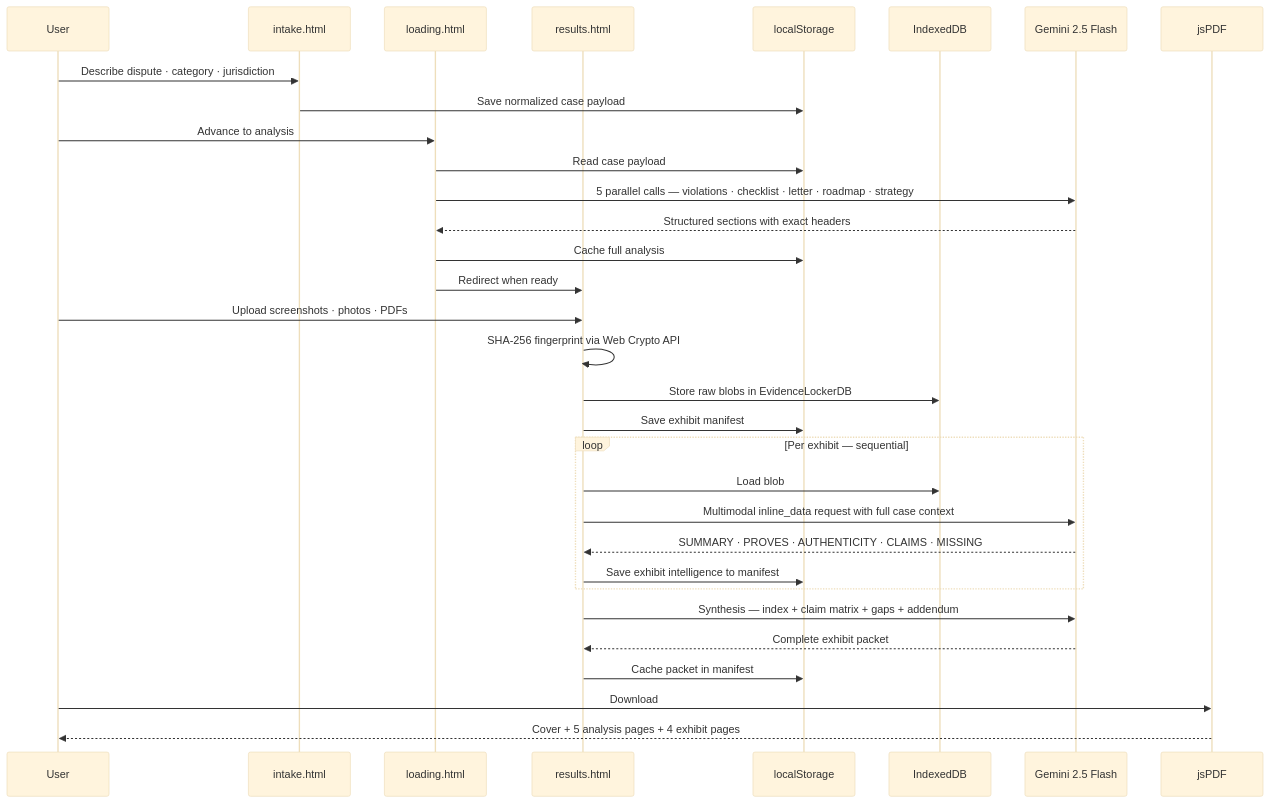
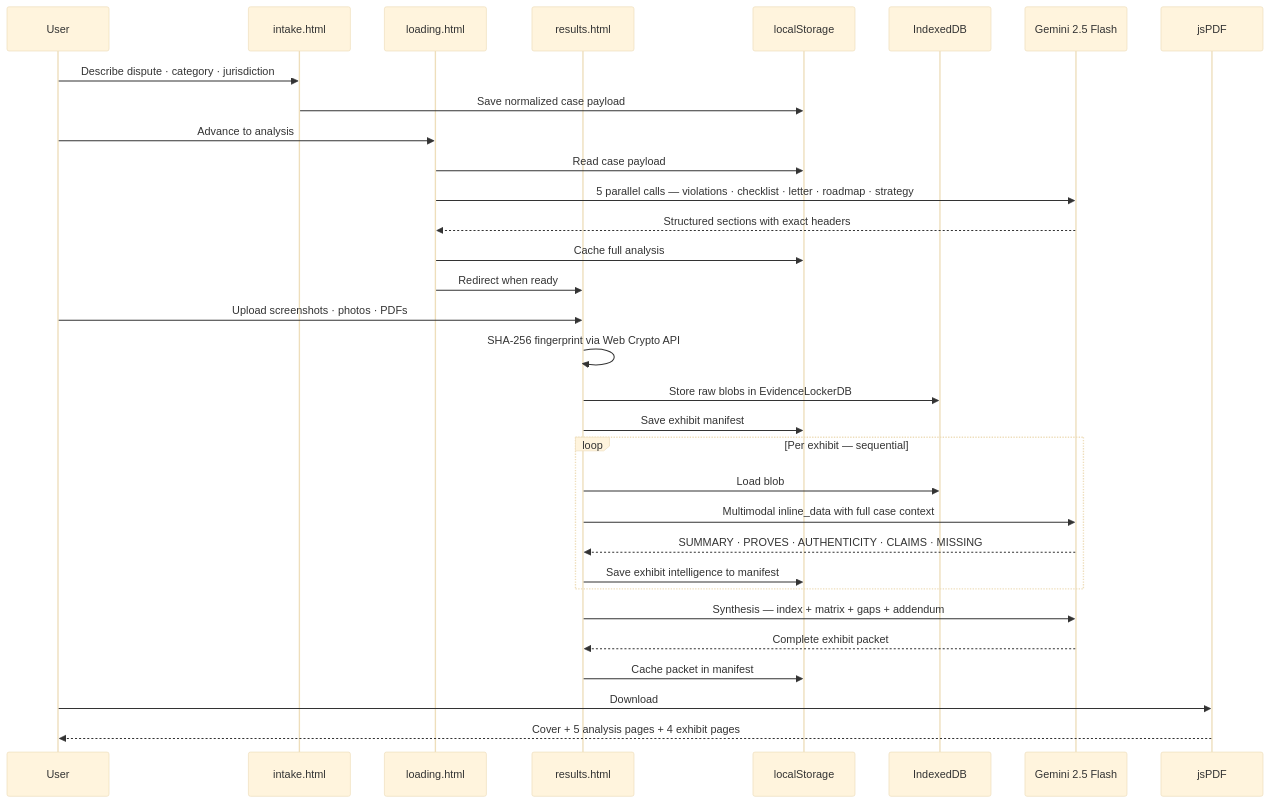
The third of 11 diagrams in README.md (Iceman-Dann/Evidence-Locker), drawn with Mermaid (base theme) before and after one commit. The commit also changed other lines of this file, not shown here.

````diff
--- a/README.md
+++ b/README.md
@@ -170,40 +137,39 @@
 ```mermaid
 sequenceDiagram
     participant User
     participant Intake as intake.html
     participant Loading as loading.html
     participant Results as results.html
     participant LS as localStorage
     participant IDB as IndexedDB
     participant Gemini as Gemini 2.5 Flash
     participant PDF as jsPDF
 
     User->>Intake: Describe dispute · category · jurisdiction
     Intake->>LS: Save normalized case payload
     User->>Loading: Advance to analysis
 
     Loading->>LS: Read case payload
     Loading->>Gemini: 5 parallel calls — violations · checklist · letter · roadmap · strategy
     Gemini-->>Loading: Structured sections with exact headers
     Loading->>LS: Cache full analysis
     Loading->>Results: Redirect when ready
 
     User->>Results: Upload screenshots · photos · PDFs
     Results->>Results: SHA-256 fingerprint via Web Crypto API
     Results->>IDB: Store raw blobs in EvidenceLockerDB
     Results->>LS: Save exhibit manifest
 
     loop Per exhibit — sequential
         Results->>IDB: Load blob
-        Results->>Gemini: Multimodal inline_data request with full case context
+        Results->>Gemini: Multimodal inline_data with full case context
         Gemini-->>Results: SUMMARY · PROVES · AUTHENTICITY · CLAIMS · MISSING
         Results->>LS: Save exhibit intelligence to manifest
     end
 
-    Results->>Gemini: Synthesis — index + claim matrix + gaps + addendum
+    Results->>Gemini: Synthesis — index + matrix + gaps + addendum
     Gemini-->>Results: Complete exhibit packet
     Results->>LS: Cache packet in manifest
-
     User->>PDF: Download
     PDF-->>User: Cover + 5 analysis pages + 4 exhibit pages
 ```
````
